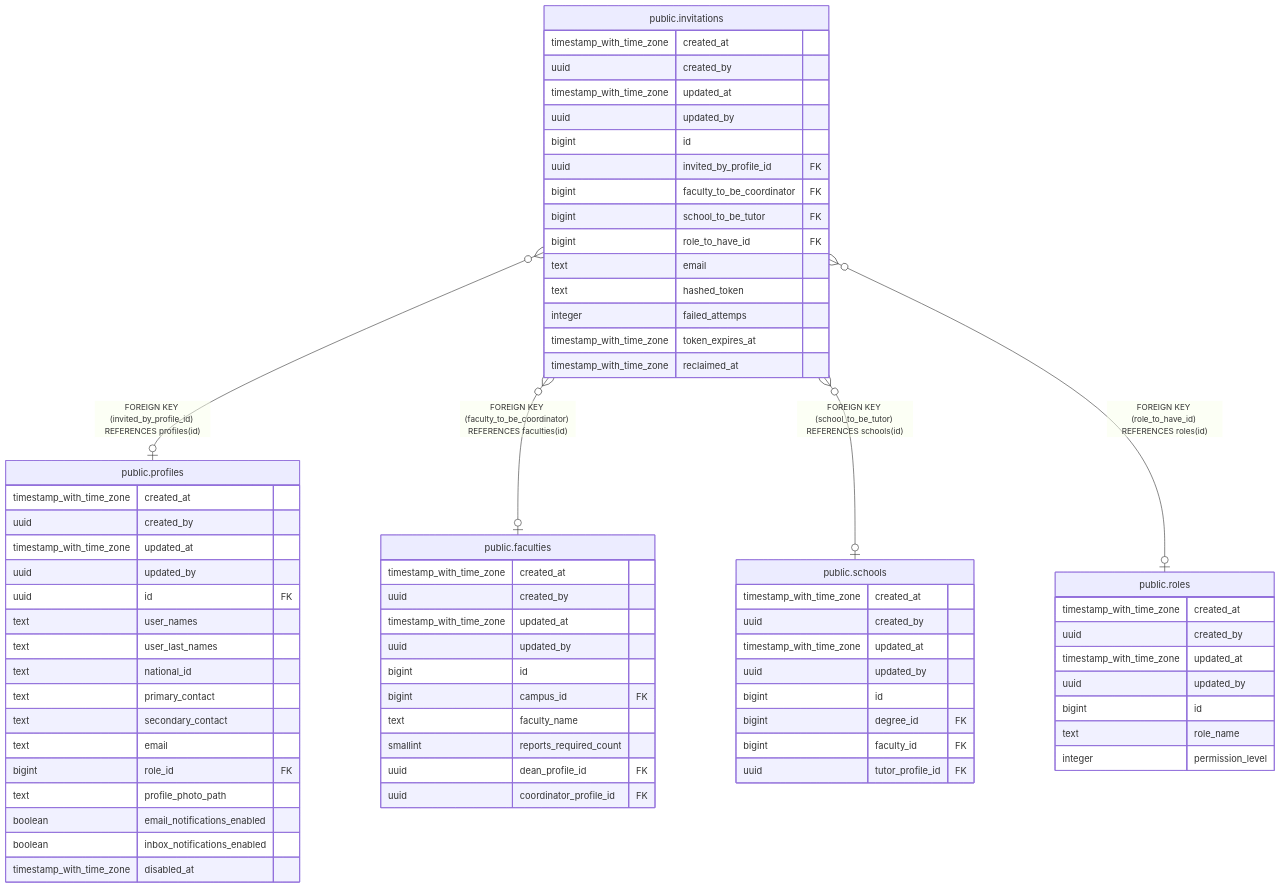
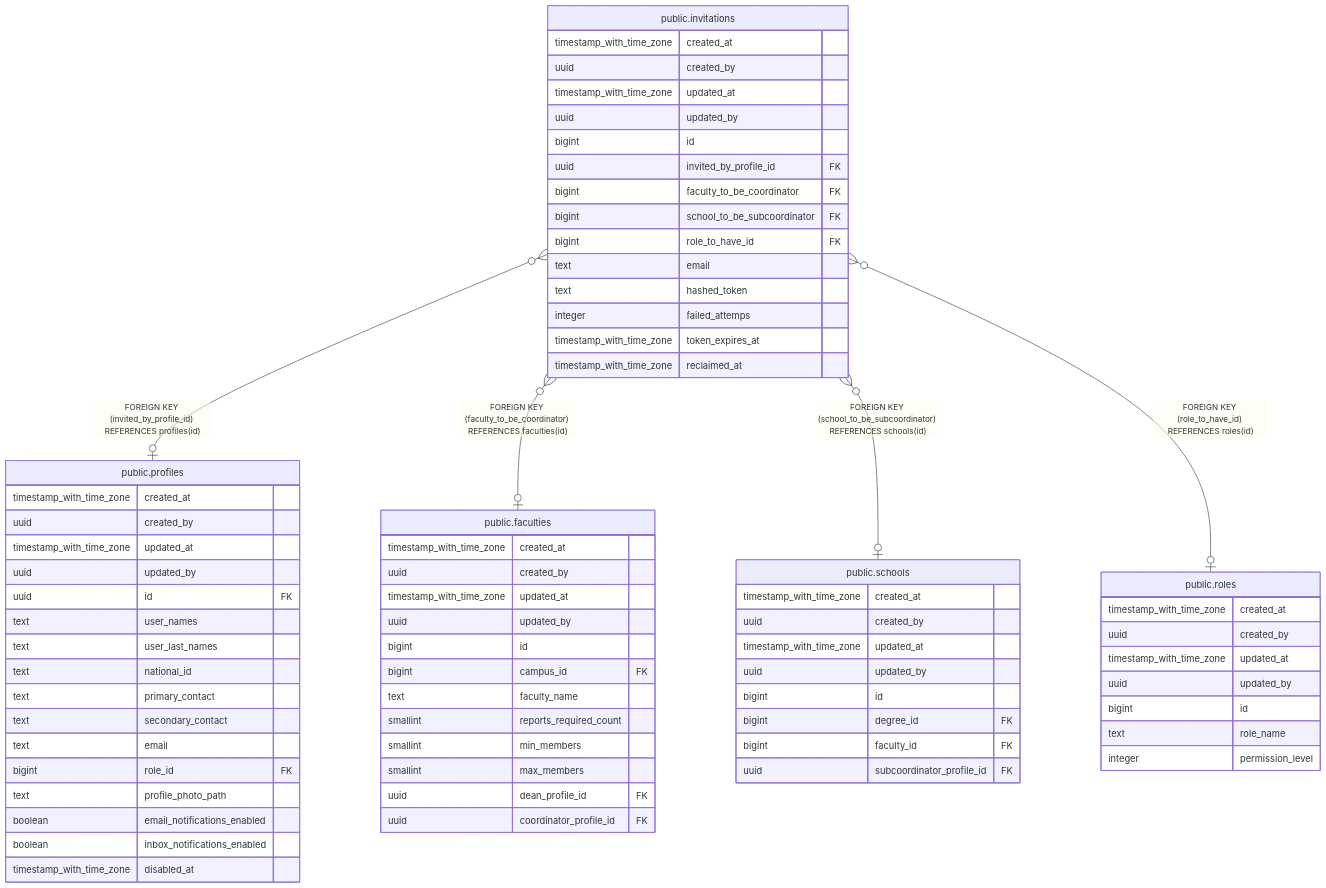
The diagram in docs/db/tbls/public.invitations.md (icristianhernandez/academic-service-backend), drawn with Mermaid before and after one commit. The commit also changed other lines of this file and 15 other files, not shown here.

````diff
--- a/docs/db/tbls/public.invitations.md
+++ b/docs/db/tbls/public.invitations.md
@@ -53,74 +53,76 @@
 ```mermaid
 erDiagram
 
 "public.invitations" }o--o| "public.profiles" : "FOREIGN KEY (invited_by_profile_id) REFERENCES profiles(id)"
 "public.invitations" }o--o| "public.faculties" : "FOREIGN KEY (faculty_to_be_coordinator) REFERENCES faculties(id)"
-"public.invitations" }o--o| "public.schools" : "FOREIGN KEY (school_to_be_tutor) REFERENCES schools(id)"
+"public.invitations" }o--o| "public.schools" : "FOREIGN KEY (school_to_be_subcoordinator) REFERENCES schools(id)"
 "public.invitations" }o--o| "public.roles" : "FOREIGN KEY (role_to_have_id) REFERENCES roles(id)"
 
 "public.invitations" {
   timestamp_with_time_zone created_at ""
   uuid created_by ""
   timestamp_with_time_zone updated_at ""
   uuid updated_by ""
   bigint id ""
   uuid invited_by_profile_id FK ""
   bigint faculty_to_be_coordinator FK ""
-  bigint school_to_be_tutor FK ""
+  bigint school_to_be_subcoordinator FK ""
   bigint role_to_have_id FK ""
   text email ""
   text hashed_token ""
   integer failed_attemps ""
   timestamp_with_time_zone token_expires_at ""
   timestamp_with_time_zone reclaimed_at ""
 }
 "public.profiles" {
   timestamp_with_time_zone created_at ""
   uuid created_by ""
   timestamp_with_time_zone updated_at ""
   uuid updated_by ""
   uuid id FK ""
   text user_names ""
   text user_last_names ""
   text national_id ""
   text primary_contact ""
   text secondary_contact ""
   text email ""
   bigint role_id FK ""
   text profile_photo_path ""
   boolean email_notifications_enabled ""
   boolean inbox_notifications_enabled ""
   timestamp_with_time_zone disabled_at ""
 }
 "public.faculties" {
   timestamp_with_time_zone created_at ""
   uuid created_by ""
   timestamp_with_time_zone updated_at ""
   uuid updated_by ""
   bigint id ""
   bigint campus_id FK ""
   text faculty_name ""
   smallint reports_required_count ""
+  smallint min_members ""
+  smallint max_members ""
   uuid dean_profile_id FK ""
   uuid coordinator_profile_id FK ""
 }
 "public.schools" {
   timestamp_with_time_zone created_at ""
   uuid created_by ""
   timestamp_with_time_zone updated_at ""
   uuid updated_by ""
   bigint id ""
   bigint degree_id FK ""
   bigint faculty_id FK ""
-  uuid tutor_profile_id FK ""
+  uuid subcoordinator_profile_id FK ""
 }
 "public.roles" {
   timestamp_with_time_zone created_at ""
   uuid created_by ""
   timestamp_with_time_zone updated_at ""
   uuid updated_by ""
   bigint id ""
   text role_name ""
   integer permission_level ""
 }
 ```
````
